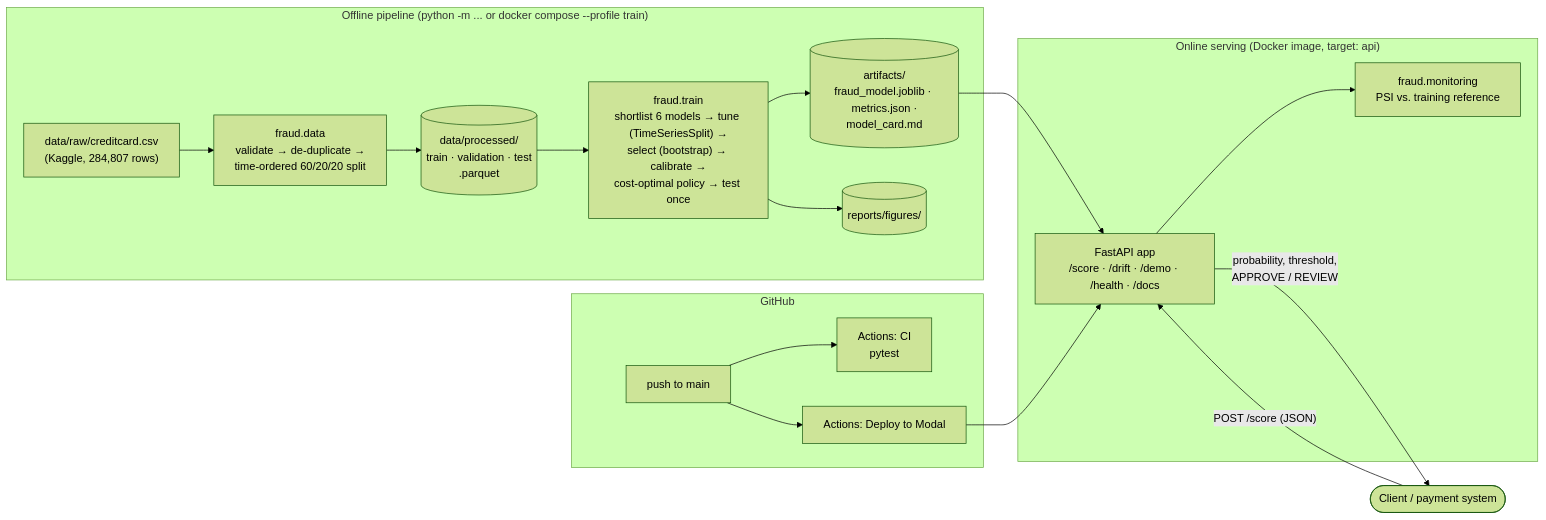
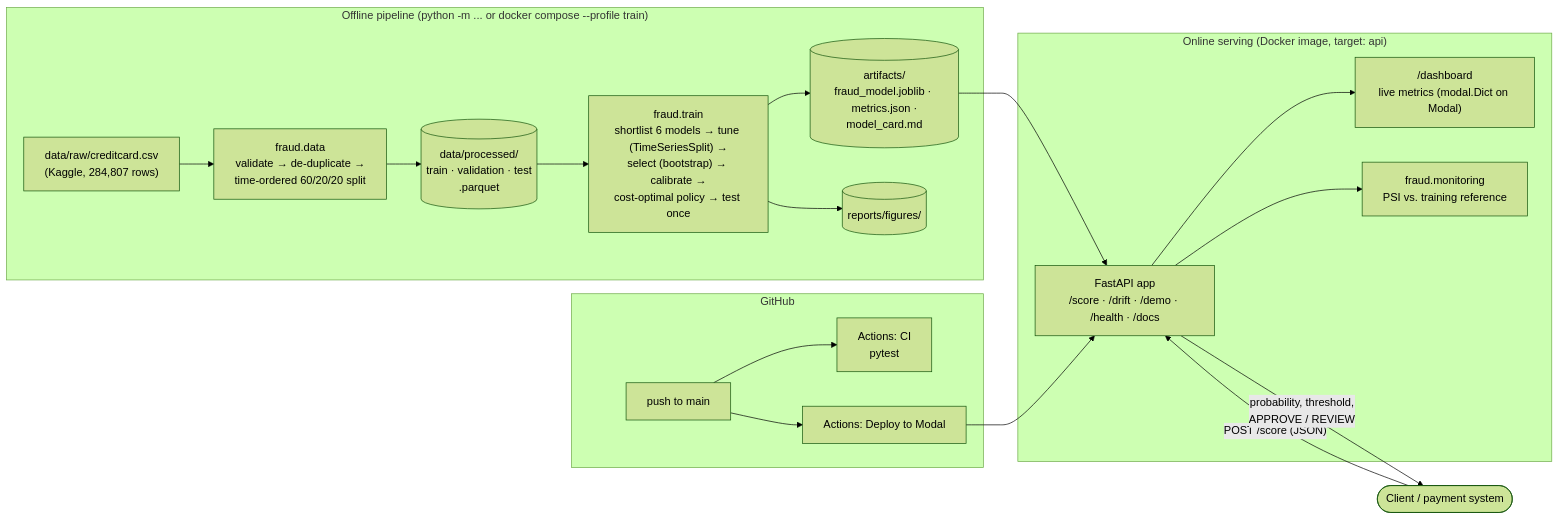
Before and after one commit to MillicentJerotich/CREDIT-FRAUD-AML-EXAM: the diagram in README.md, drawn with Mermaid (forest theme). The commit also changed other lines of this file and 7 other files, not shown here.

````diff
--- a/README.md
+++ b/README.md
@@ -35,33 +38,35 @@
 ```mermaid
 flowchart LR
     subgraph Pipeline["Offline pipeline (python -m ... or docker compose --profile train)"]
         RAW["data/raw/creditcard.csv<br/>(Kaggle, 284,807 rows)"]
         DATA["fraud.data<br/>validate → de-duplicate →<br/>time-ordered 60/20/20 split"]
         PROC[("data/processed/<br/>train · validation · test<br/>.parquet")]
         TRAIN["fraud.train<br/>shortlist 6 models → tune (TimeSeriesSplit) →<br/>select (bootstrap) → calibrate →<br/>cost-optimal policy → test once"]
         ART[("artifacts/<br/>fraud_model.joblib · metrics.json ·<br/>model_card.md")]
         FIG[("reports/figures/")]
         RAW --> DATA --> PROC --> TRAIN
         TRAIN --> ART
         TRAIN --> FIG
     end
 
     subgraph Serving["Online serving (Docker image, target: api)"]
         API["FastAPI app<br/>/score · /drift · /demo · /health · /docs"]
+        DASH["/dashboard<br/>live metrics (modal.Dict on Modal)"]
+        API --> DASH
         MON["fraud.monitoring<br/>PSI vs. training reference"]
         API --> MON
     end
 
     ART --> API
     CLIENT(["Client / payment system"]) -- "POST /score (JSON)" --> API
     API -- "probability, threshold,<br/>APPROVE / REVIEW" --> CLIENT
 
     subgraph CICD["GitHub"]
         GH["push to main"]
         CI["Actions: CI<br/>pytest"]
         CD["Actions: Deploy to Modal"]
         GH --> CI
         GH --> CD
     end
     CD --> API
 ```
````
